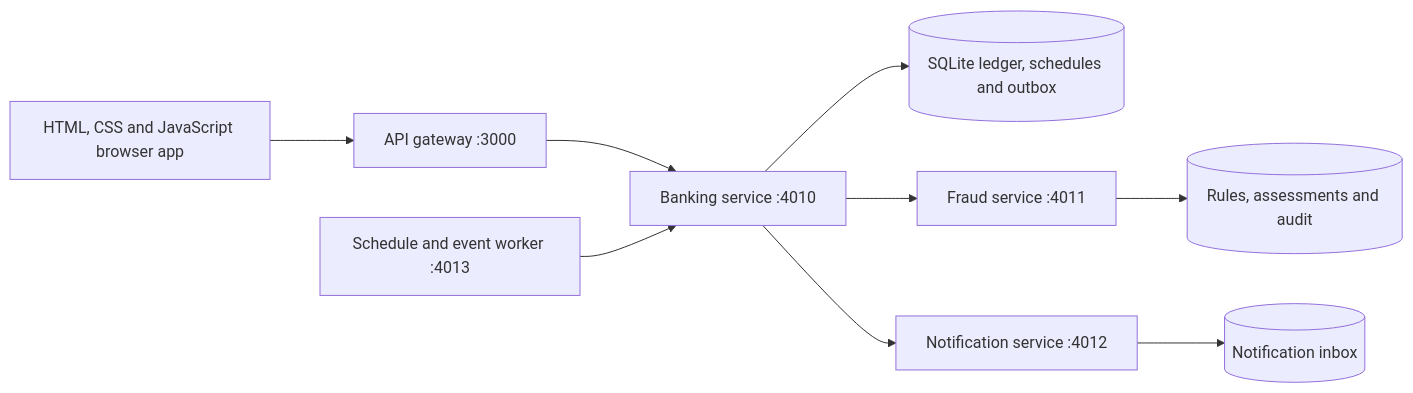
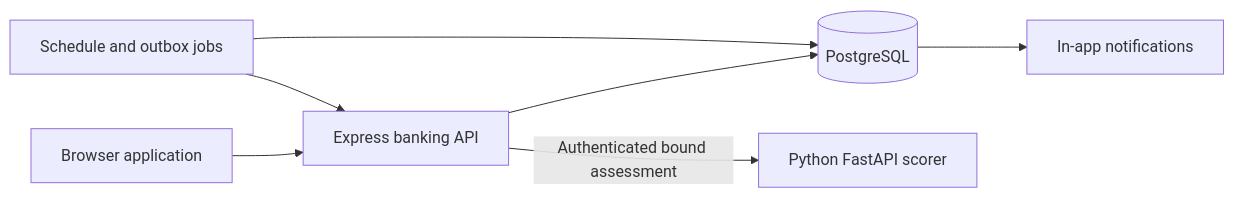
The diagram in docs/architecture.md (DisguisedKairos/FYP), drawn with Mermaid before and after one commit. The commit also changed other lines of this file and 86 other files, not shown here.

Commit message:
Focus Greenlink on DFT banking with PostgreSQL and FastAPI

````diff
--- a/docs/architecture.md
+++ b/docs/architecture.md
@@ -5,11 +5,9 @@
 ```mermaid
 flowchart LR
-  UI[HTML, CSS and JavaScript browser app] --> Gateway[API gateway :3000]
-  Gateway --> Banking[Banking service :4010]
-  Banking --> Ledger[(SQLite ledger, schedules and outbox)]
-  Banking --> Risk[Fraud service :4011]
-  Risk --> RiskDB[(Rules, assessments and audit)]
-  Worker[Schedule and event worker :4013] --> Banking
-  Banking --> Notifications[Notification service :4012]
-  Notifications --> NotificationDB[(Notification inbox)]
+  Browser[Browser application] --> Express[Express banking API]
+  Express --> PG[(PostgreSQL)]
+  Express -->|Authenticated bound assessment| Python[Python FastAPI scorer]
+  Jobs[Schedule and outbox jobs] --> PG
+  Jobs --> Express
+  PG --> Alerts[In-app notifications]
 ```
````
